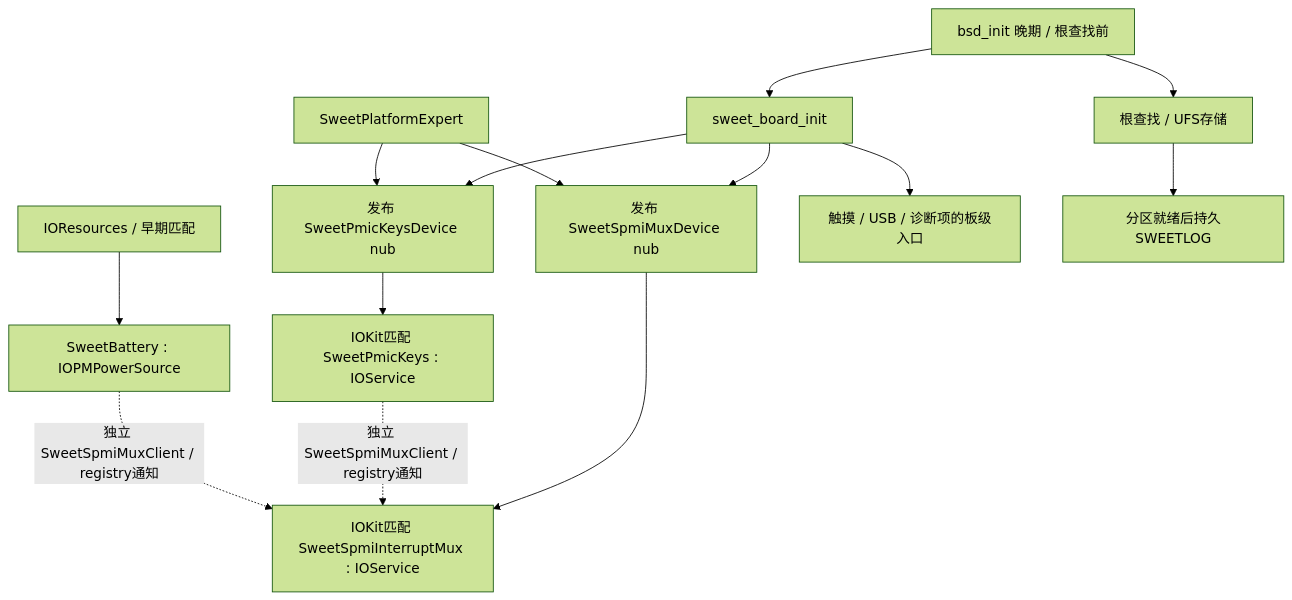
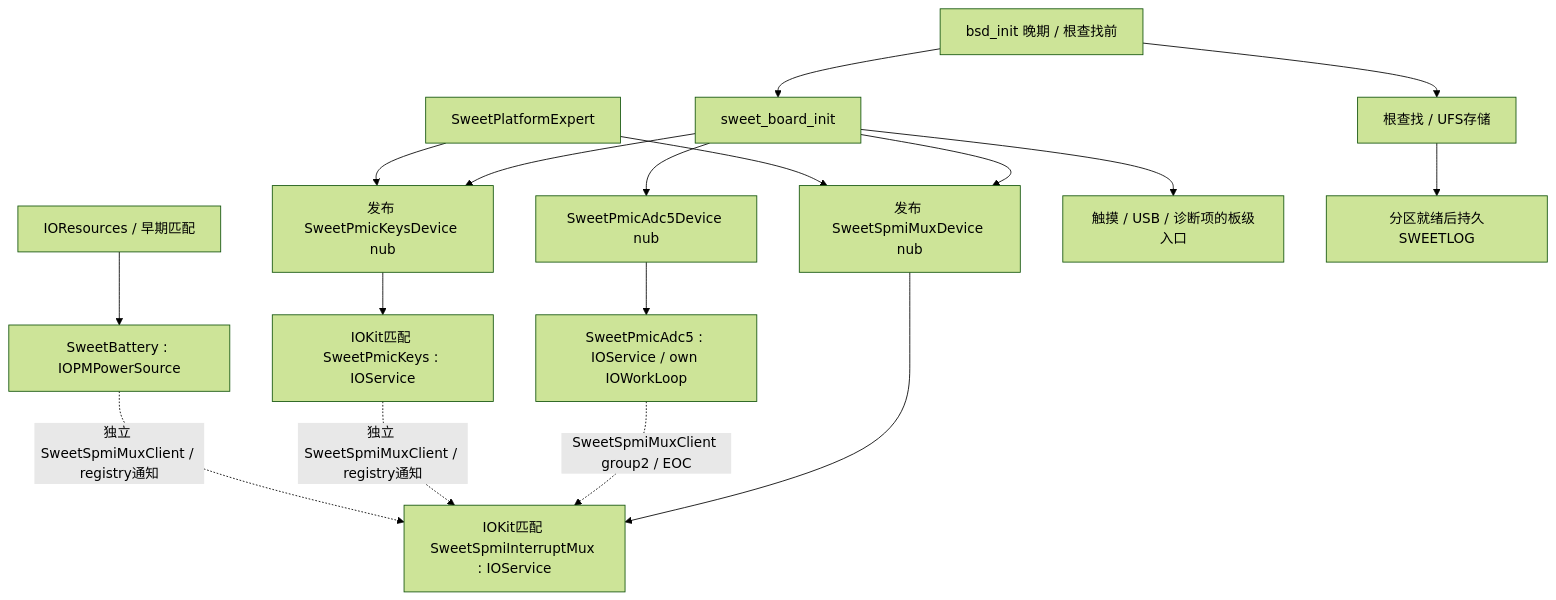
The first of 3 diagrams in docs/CURRENT-DRIVER-ARCHITECTURE.md (shenli99/ios-mh2lm), drawn with Mermaid (forest theme) before and after one commit. The commit also changed other lines of this file and 12 other files, not shown here.

````diff
--- a/docs/CURRENT-DRIVER-ARCHITECTURE.md
+++ b/docs/CURRENT-DRIVER-ARCHITECTURE.md
@@ -23,16 +30,19 @@
 ```mermaid
 flowchart TD
   BSD[bsd_init 晚期 / 根查找前] --> BOARD[sweet_board_init]
   BOARD --> MN[发布 SweetSpmiMuxDevice nub]
   PE[SweetPlatformExpert] --> MN
   MN --> M[IOKit匹配 SweetSpmiInterruptMux : IOService]
   BOARD --> KN[发布 SweetPmicKeysDevice nub]
   PE --> KN
   KN --> K[IOKit匹配 SweetPmicKeys : IOService]
   R[IOResources / 早期匹配] --> B[SweetBattery : IOPMPowerSource]
+  BOARD --> AN[SweetPmicAdc5Device nub]
+  AN --> A5[SweetPmicAdc5 : IOService / own IOWorkLoop]
+  A5 -. SweetSpmiMuxClient group2 / EOC .-> M
   K -. 独立 SweetSpmiMuxClient / registry通知 .-> M
   B -. 独立 SweetSpmiMuxClient / registry通知 .-> M
   BOARD --> UT[触摸 / USB / 诊断项的板级入口]
   BSD --> ROOT[根查找 / UFS存储]
   ROOT --> LOG[分区就绪后持久SWEETLOG]
 ```
````
